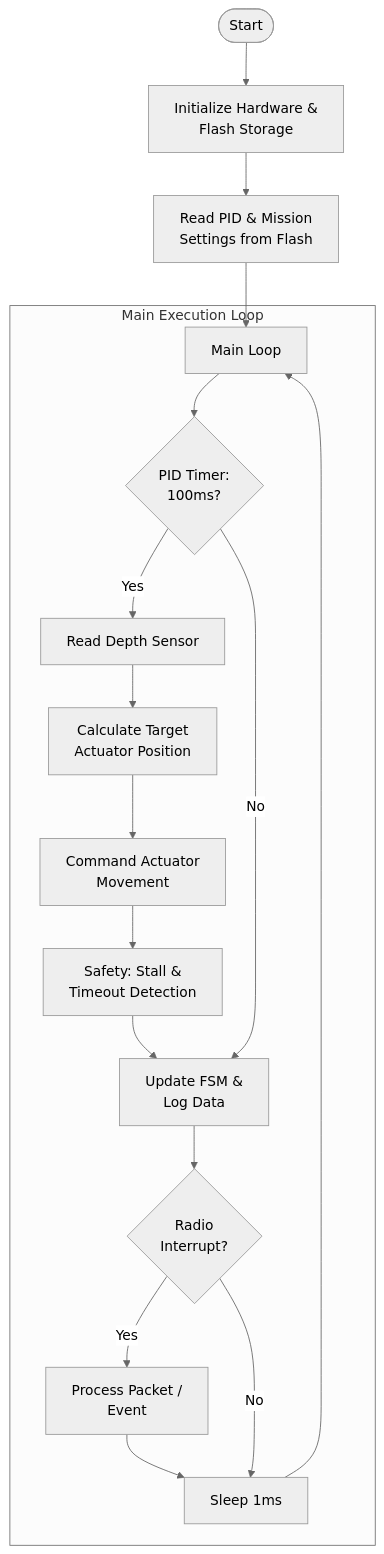
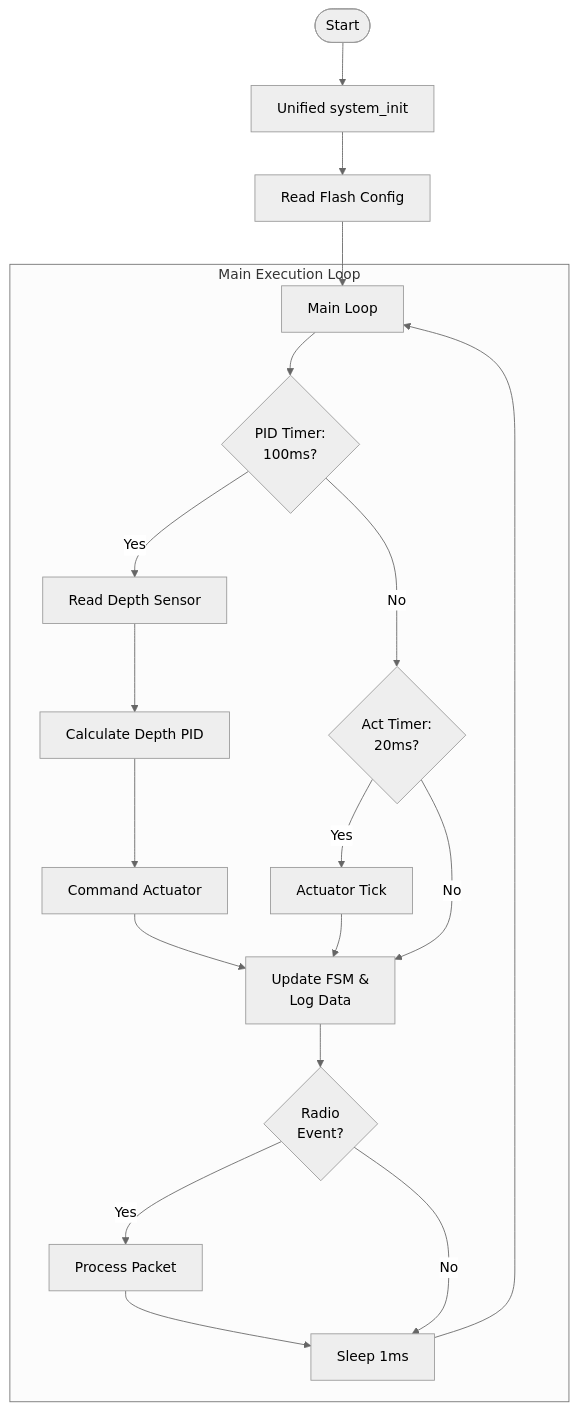
The first of 2 diagrams in docs/float_architecture.md (purduerov/X18-Float-Embedded), drawn with Mermaid (neutral theme) before and after one commit. The commit also changed other lines of this file and 3 other files, not shown here.

First line of the commit message:
docs: synchronize technical guides with new architecture and protocol

````diff
--- a/docs/float_architecture.md
+++ b/docs/float_architecture.md
@@ -11,23 +11,25 @@
 ```mermaid
 flowchart TD
-    Start([Start]) --> Init[Initialize Hardware &<br/>Flash Storage]
-    Init --> ReadSettings[Read PID & Mission<br/>Settings from Flash]
+    Start([Start]) --> Init[Unified system_init]
+    Init --> ReadSettings[Read Flash Config]
     ReadSettings --> Loop[Main Loop]
     
     subgraph LoopSection [Main Execution Loop]
         Loop --> TimerPID{PID Timer:<br/>100ms?}
         TimerPID -- Yes --> ReadSensor[Read Depth Sensor]
-        ReadSensor --> CalcPID[Calculate Target<br/>Actuator Position]
-        CalcPID --> MoveAct[Command Actuator<br/>Movement]
-        MoveAct --> SafetyCheck[Safety: Stall &<br/>Timeout Detection]
-        SafetyCheck --> FSMUpdate[Update FSM &<br/>Log Data]
+        ReadSensor --> CalcPID[Calculate Depth PID]
+        CalcPID --> MoveAct[Command Actuator]
+        MoveAct --> FSMUpdate[Update FSM &<br/>Log Data]
         
-        TimerPID -- No --> FSMUpdate
+        TimerPID -- No --> TimerAct{Act Timer:<br/>20ms?}
+        TimerAct -- Yes --> TickAct[Actuator Tick]
+        TickAct --> FSMUpdate
+        TimerAct -- No --> FSMUpdate
         
-        FSMUpdate --> RadioIRQ{Radio<br/>Interrupt?}
-        RadioIRQ -- Yes --> ProcessPacket[Process Packet /<br/>Event]
+        FSMUpdate --> RadioIRQ{Radio<br/>Event?}
+        RadioIRQ -- Yes --> ProcessPacket[Process Packet]
         ProcessPacket --> Sleep[Sleep 1ms]
         RadioIRQ -- No --> Sleep
         Sleep --> Loop
     end
 ```
````
